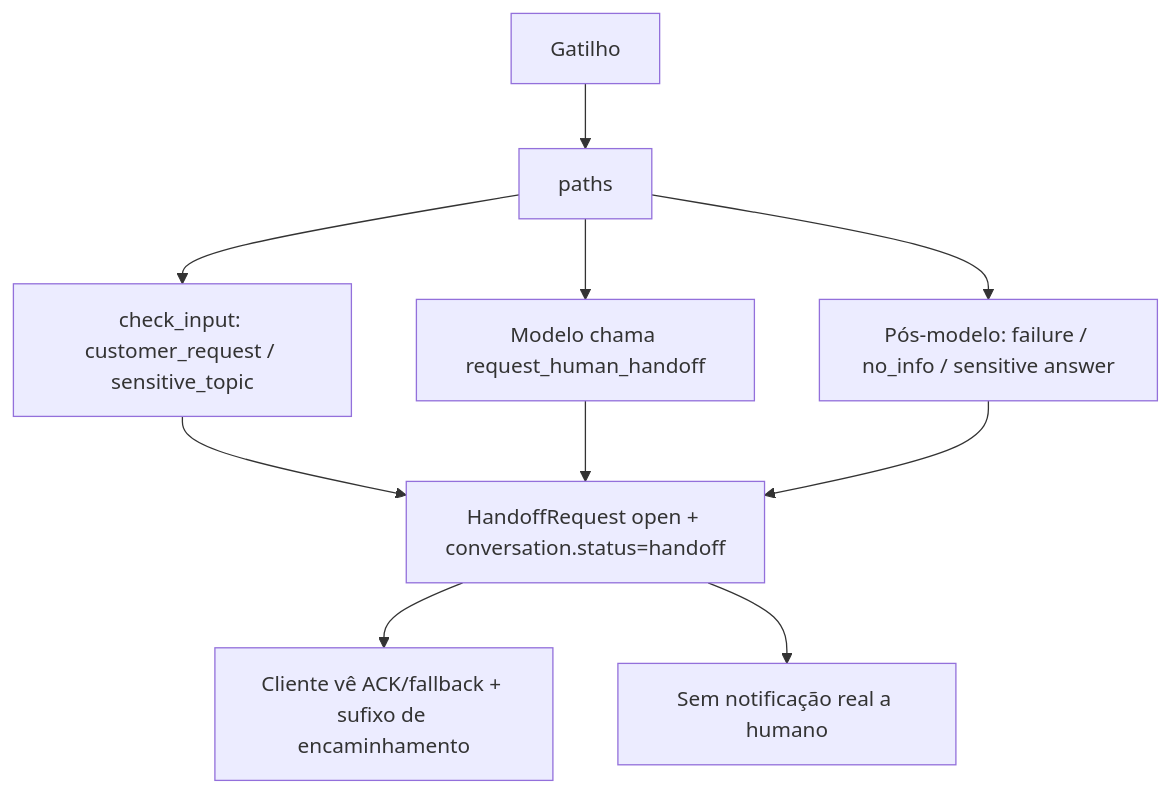
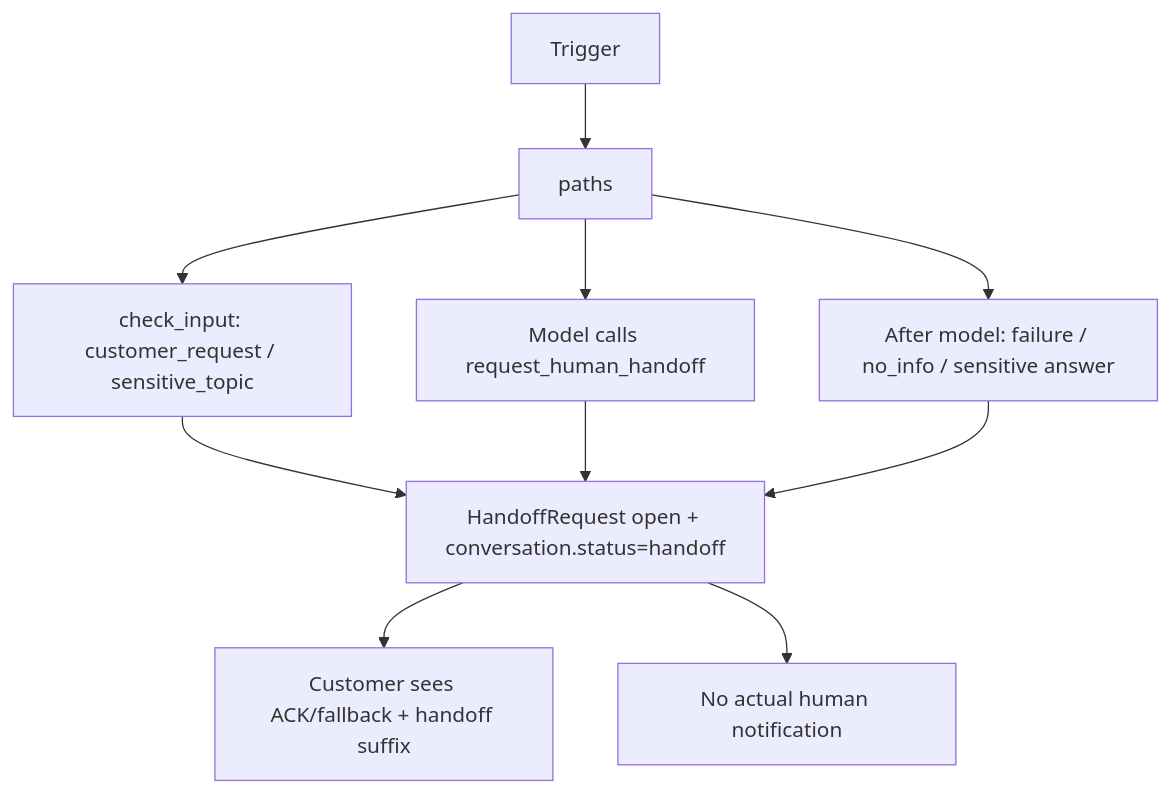
The sixth of 9 diagrams in docs/customer-service-flows.md (antonioreal97/Artefact_case), drawn with Mermaid before and after one commit. The commit also changed other lines of this file and 47 other files, not shown here.

Commit message:
English delivery: out-of-scope refusal without handoff, English-customer fixes (commerce-privacy-v9), docs translated to English, bilingual demo conversations

````diff
--- a/docs/customer-service-flows.md
+++ b/docs/customer-service-flows.md
@@ -198,12 +202,12 @@
 ```mermaid
 flowchart TD
-  trig["Gatilho"] --> paths
+  trig["Trigger"] --> paths
   paths --> a["check_input: customer_request / sensitive_topic"]
-  paths --> b["Modelo chama request_human_handoff"]
-  paths --> c["Pós-modelo: failure / no_info / sensitive answer"]
+  paths --> b["Model calls request_human_handoff"]
+  paths --> c["After model: failure / no_info / sensitive answer"]
   a --> persist["HandoffRequest open + conversation.status=handoff"]
   b --> persist
   c --> persist
-  persist --> cust["Cliente vê ACK/fallback + sufixo de encaminhamento"]
-  persist --> note["Sem notificação real a humano"]
+  persist --> cust["Customer sees ACK/fallback + handoff suffix"]
+  persist --> note["No actual human notification"]
 ```
````
